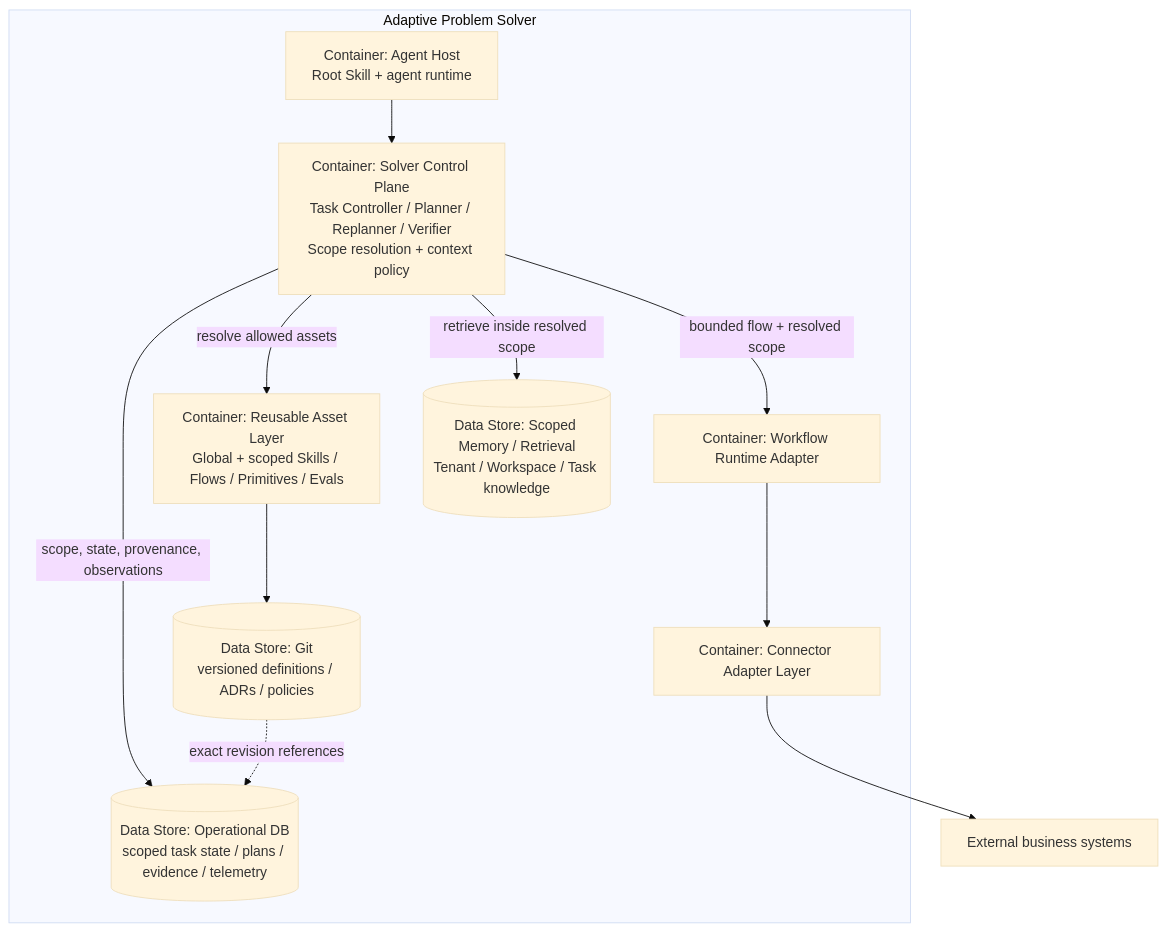
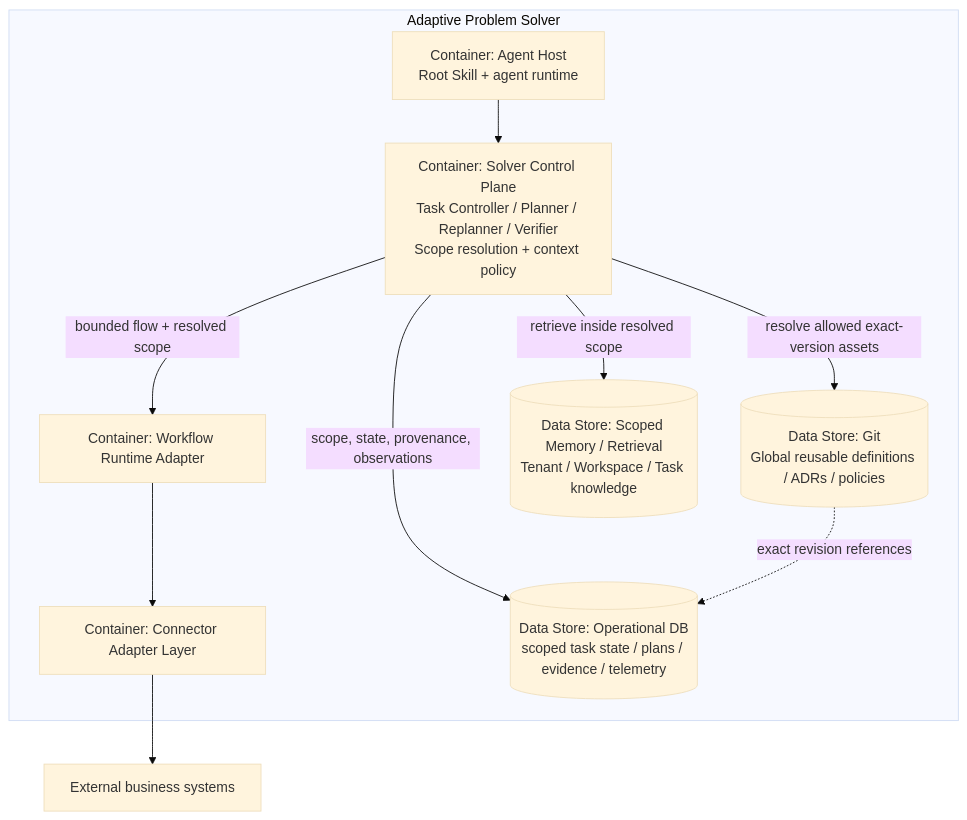
Before and after one commit to n0namer/skills-for-decision-making: the second of 7 diagrams in docs/architecture/README.md, drawn with Mermaid (base theme). The commit also changed other lines of this file, not shown here.

Commit message:
Simplify shared asset deployment in canonical C4

````diff
--- a/docs/architecture/README.md
+++ b/docs/architecture/README.md
@@ -52,25 +52,23 @@
 ```mermaid
 flowchart TB
     subgraph APS["Adaptive Problem Solver"]
         HOST["Container: Agent Host\nRoot Skill + agent runtime"]
         CTRL["Container: Solver Control Plane\nTask Controller / Planner / Replanner / Verifier\nScope resolution + context policy"]
-        ASSETS["Container: Reusable Asset Layer\nGlobal + scoped Skills / Flows / Primitives / Evals"]
         RUNTIME["Container: Workflow Runtime Adapter"]
         CONNECT["Container: Connector Adapter Layer"]
-        GIT[("Data Store: Git\nversioned definitions / ADRs / policies")]
+        GIT[("Data Store: Git\nGlobal reusable definitions / ADRs / policies")]
         DB[("Data Store: Operational DB\nscoped task state / plans / evidence / telemetry")]
         MEM[("Data Store: Scoped Memory / Retrieval\nTenant / Workspace / Task knowledge")]
     end
 
     EXT["External business systems"]
 
     HOST --> CTRL
-    CTRL -->|"resolve allowed assets"| ASSETS
+    CTRL -->|"resolve allowed exact-version assets"| GIT
     CTRL -->|"retrieve inside resolved scope"| MEM
-    ASSETS --> GIT
     CTRL -->|"scope, state, provenance, observations"| DB
     GIT -.->|"exact revision references"| DB
     CTRL -->|"bounded flow + resolved scope"| RUNTIME
     RUNTIME --> CONNECT
     CONNECT --> EXT
 ```
````
